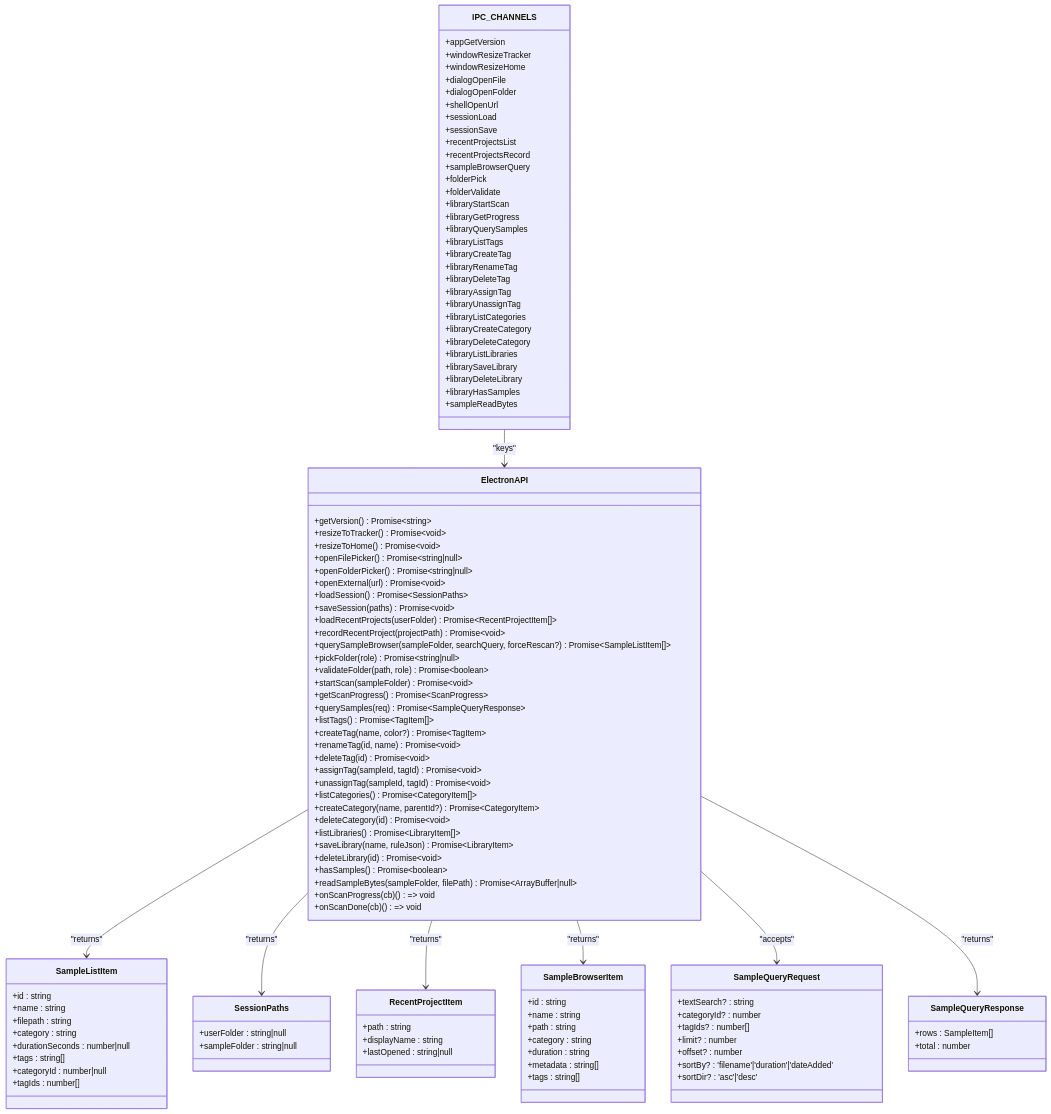
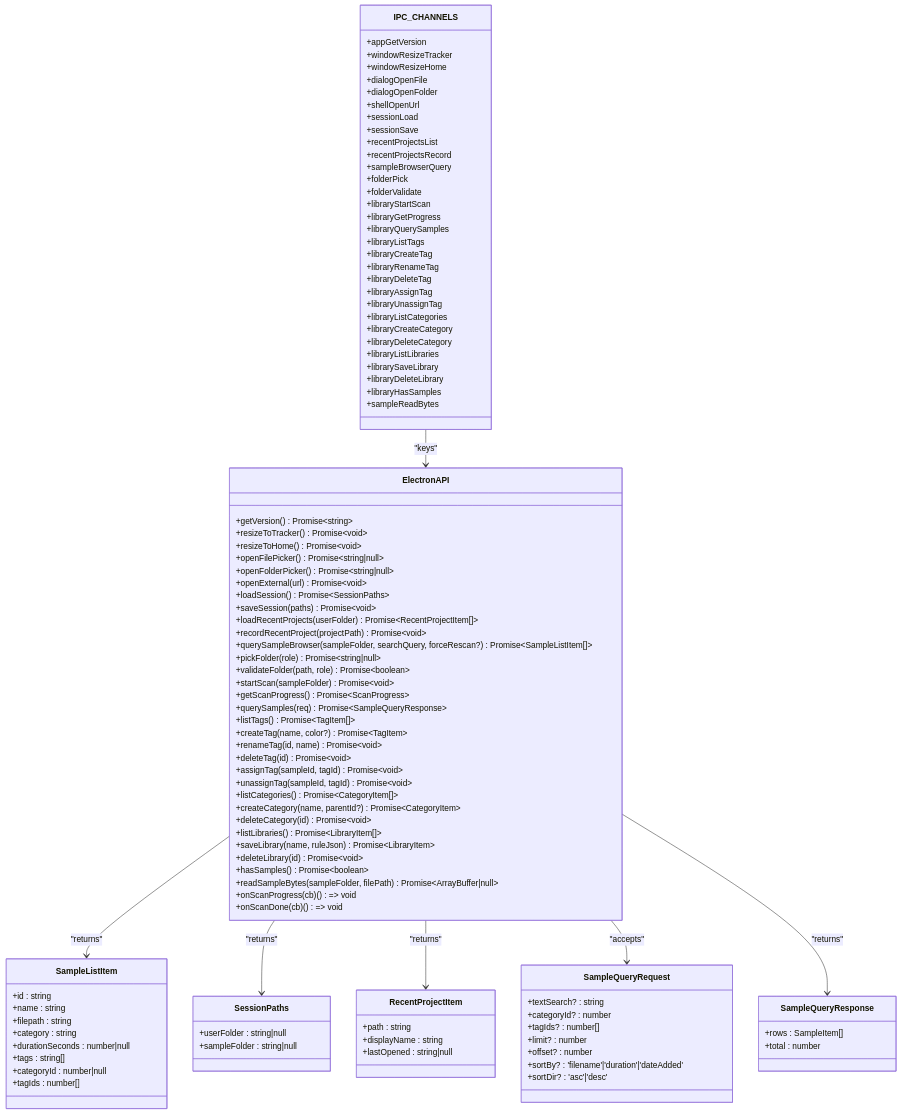
One commit to satyrlord/mixjam-electron changed the third of 8 diagrams in .qoder/repowiki/en/content/IPC Communication.md. Above: the diagram before and after it, drawn with Mermaid. The commit also changed other lines of this file and 14 other files, not shown here.

````diff
--- a/.qoder/repowiki/en/content/IPC Communication.md
+++ b/.qoder/repowiki/en/content/IPC Communication.md
@@ -224,15 +224,6 @@
 +displayName : string
 +lastOpened : string|null
 }
-class SampleBrowserItem {
-+id : string
-+name : string
-+path : string
-+category : string
-+duration : string
-+metadata : string[]
-+tags : string[]
-}
 class SampleQueryRequest {
 +textSearch? : string
 +categoryId? : number
@@ -250,7 +241,6 @@
 ElectronAPI --> SampleListItem : "returns"
 ElectronAPI --> SessionPaths : "returns"
 ElectronAPI --> RecentProjectItem : "returns"
-ElectronAPI --> SampleBrowserItem : "returns"
 ElectronAPI --> SampleQueryRequest : "accepts"
 ElectronAPI --> SampleQueryResponse : "returns"
 ```
````
